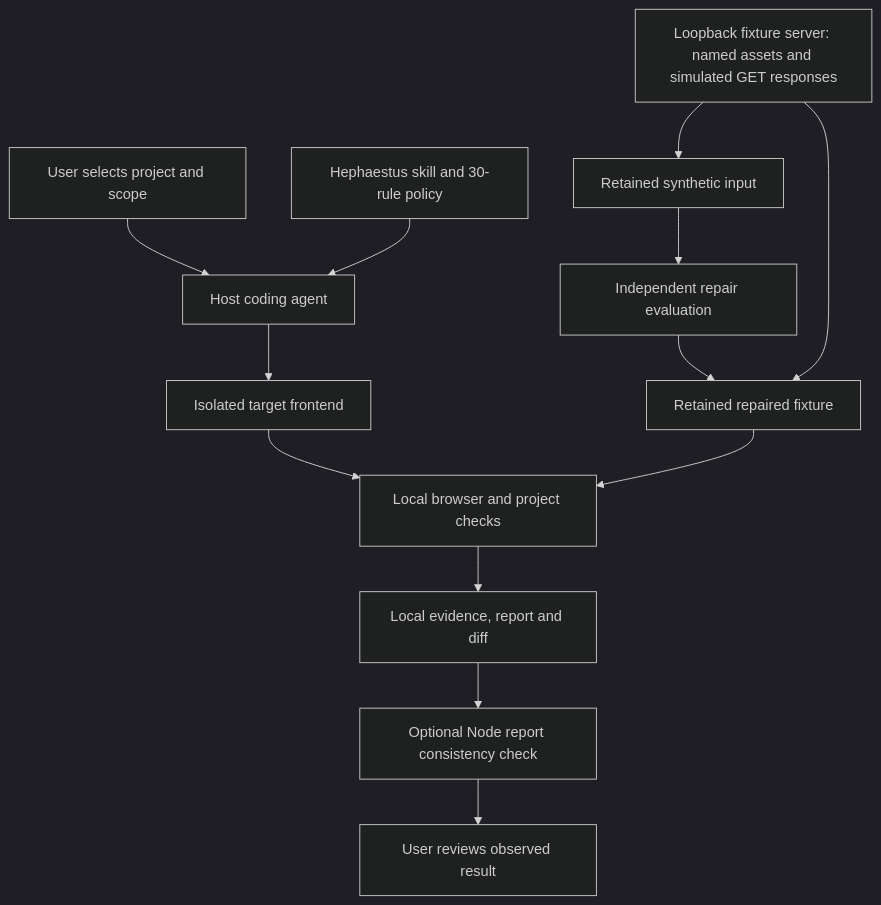
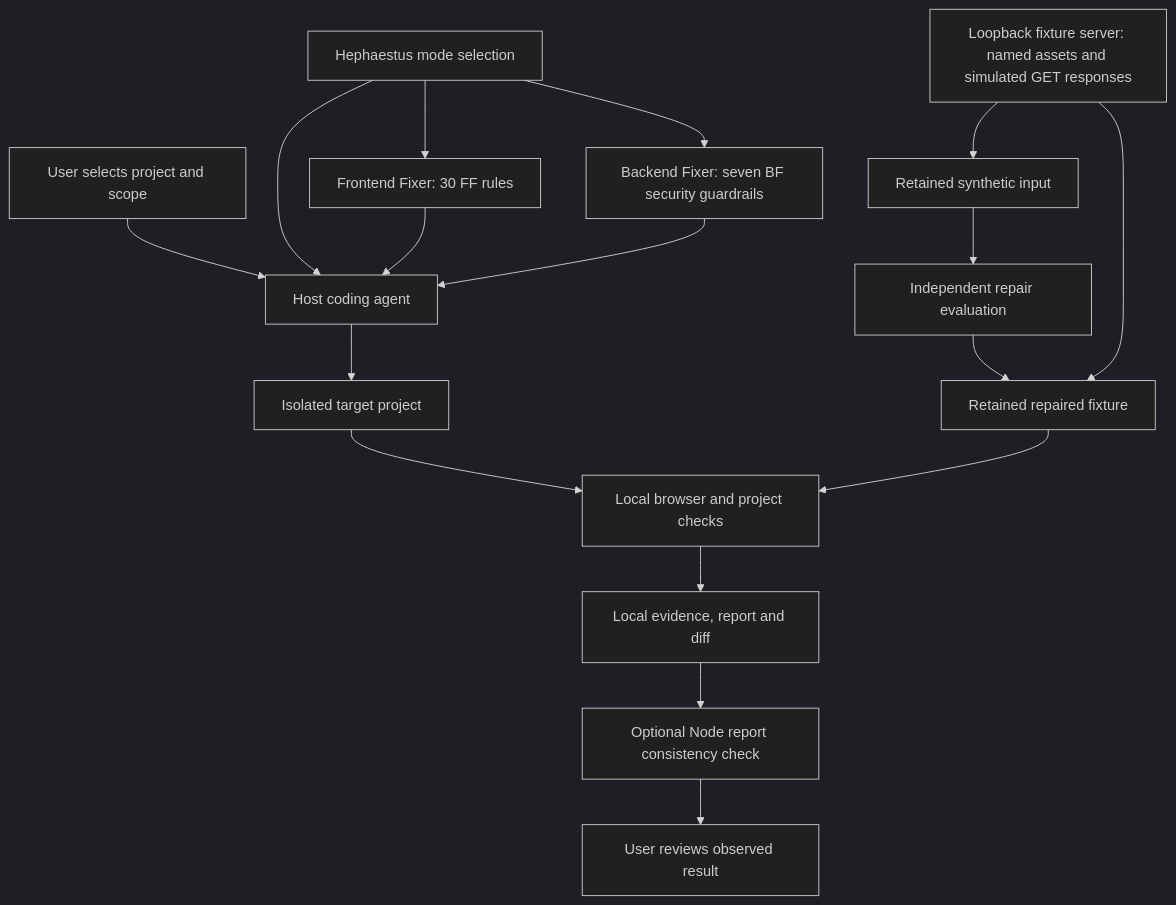
One commit to aaravkalia-88/Hephaestus changed the diagram in docs/frontend-skill.md. Above: the diagram before and after it, drawn with Mermaid (dark theme). The commit also changed other lines of this file and 6 other files, not shown here.

First line of the commit message:
feat: add Frontend Fixer and Backend Fixer skill modes

````diff
--- a/docs/frontend-skill.md
+++ b/docs/frontend-skill.md
@@ -21,15 +21,19 @@
 ```mermaid
 flowchart TD
     User[User selects project and scope] --> Host[Host coding agent]
-    Skill[Hephaestus skill and 30-rule policy] --> Host
-    Host --> Target[Isolated target frontend]
+    Skill[Hephaestus mode selection] --> Host
+    Skill --> Frontend[Frontend Fixer: 30 FF rules]
+    Skill --> Backend[Backend Fixer: seven BF security guardrails]
+    Frontend --> Host
+    Backend --> Host
+    Host --> Target[Isolated target project]
     Target --> Browser[Local browser and project checks]
     Browser --> Evidence[Local evidence, report and diff]
     Evidence --> Checker[Optional Node report consistency check]
     Checker --> Review[User reviews observed result]
     Before[Retained synthetic input] --> Experiment[Independent repair evaluation]
     Experiment --> After[Retained repaired fixture]
     Server[Loopback fixture server: named assets and simulated GET responses] --> Before
     Server --> After
     After --> Browser
 ```
````
